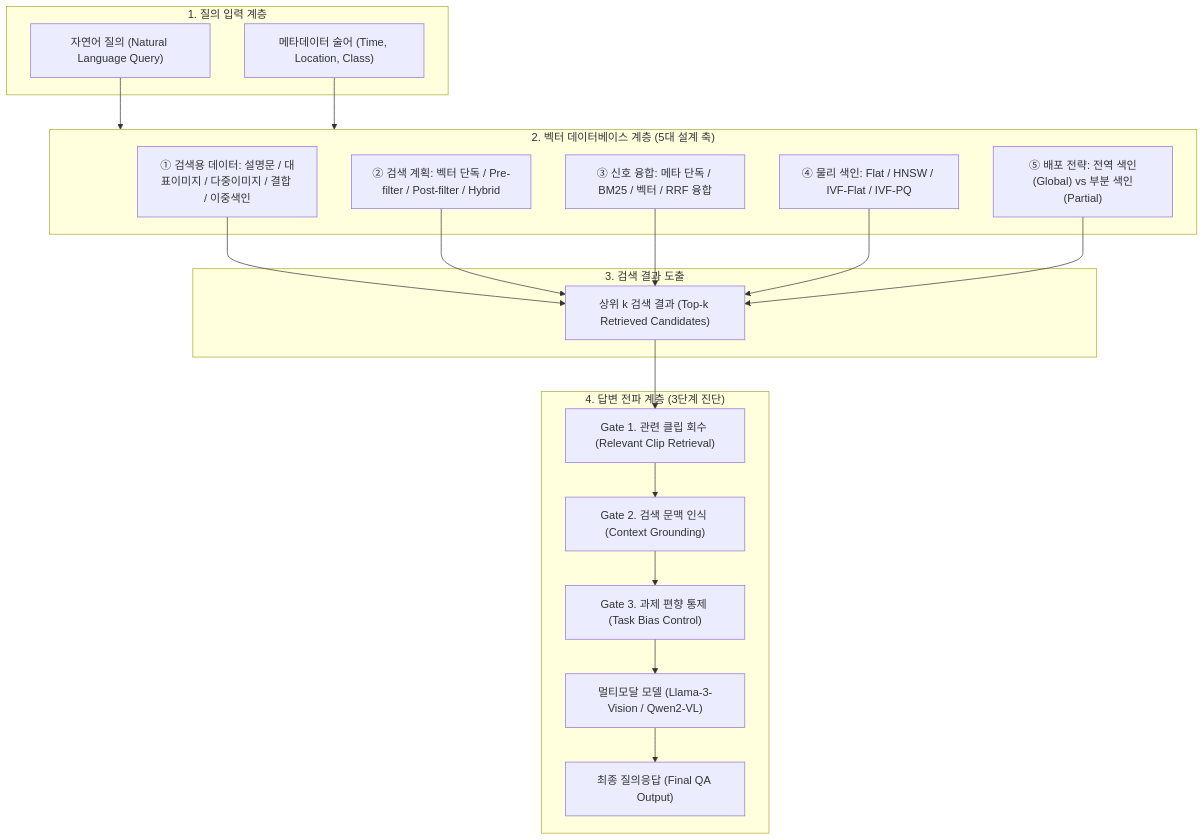
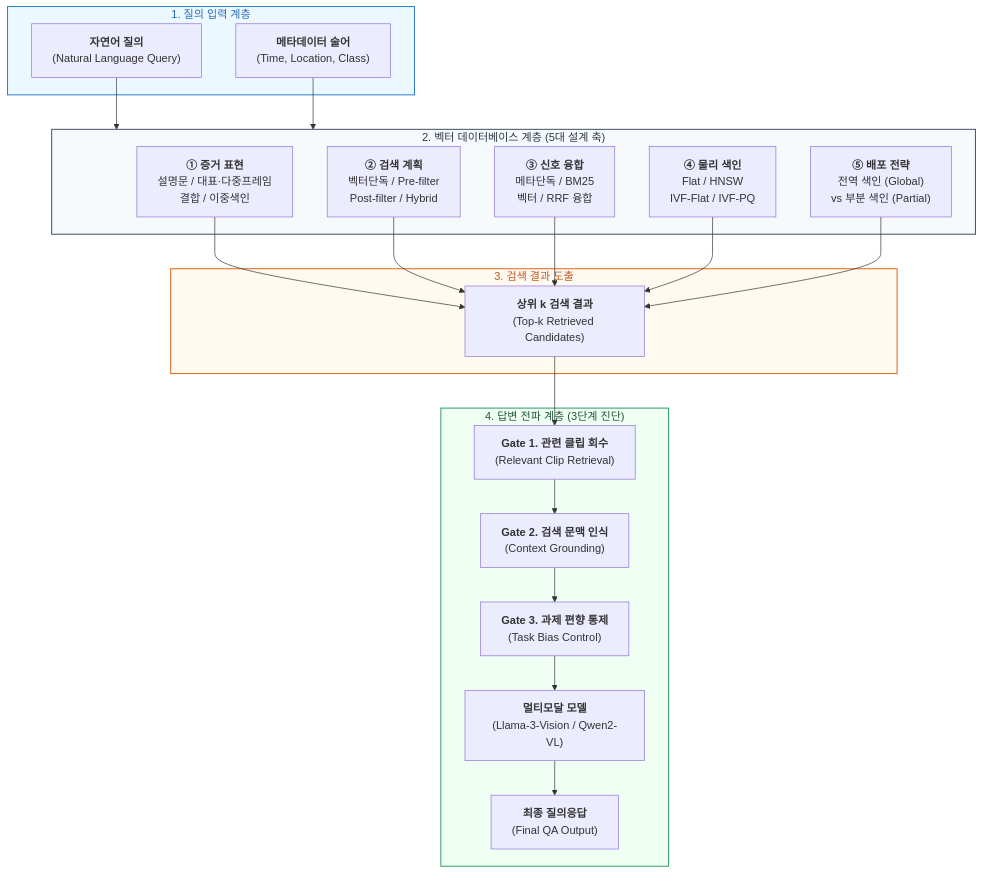
One commit to phantom0119/2026_KIISE_ changed the diagram in 02_project_md/00_KIISE_DBR_FINAL_MASTER_SPECIFICATION.md. Above: the diagram before and after it, drawn with Mermaid. The commit also changed 1 other file, not shown here.

Commit message:
fix(docs): Mermaid 다이어그램 한글 텍스트 줄바꿈/잘림 현상 수정 및 스타일링 개선

````diff
--- a/02_project_md/00_KIISE_DBR_FINAL_MASTER_SPECIFICATION.md
+++ b/02_project_md/00_KIISE_DBR_FINAL_MASTER_SPECIFICATION.md
@@ -70,32 +70,37 @@
 ```mermaid
 flowchart TD
     subgraph Input ["1. 질의 입력 계층"]
-        Q_NL["자연어 질의 (Natural Language Query)"]
-        Q_MD["메타데이터 술어 (Time, Location, Class)"]
+        Q_NL["<b>자연어 질의</b><br/>(Natural Language Query)"]
+        Q_MD["<b>메타데이터 술어</b><br/>(Time, Location, Class)"]
     end
 
     subgraph VDB ["2. 벡터 데이터베이스 계층 (5대 설계 축)"]
-        D1["① 검색용 데이터: 설명문 / 대표이미지 / 다중이미지 / 결합 / 이중색인"]
-        D2["② 검색 계획: 벡터 단독 / Pre-filter / Post-filter / Hybrid"]
-        D3["③ 신호 융합: 메타 단독 / BM25 / 벡터 / RRF 융합"]
-        D4["④ 물리 색인: Flat / HNSW / IVF-Flat / IVF-PQ"]
-        D5["⑤ 배포 전략: 전역 색인(Global) vs 부분 색인(Partial)"]
+        D1["<b>① 증거 표현</b><br/>설명문 / 대표·다중프레임<br/>결합 / 이중색인"]
+        D2["<b>② 검색 계획</b><br/>벡터단독 / Pre-filter<br/>Post-filter / Hybrid"]
+        D3["<b>③ 신호 융합</b><br/>메타단독 / BM25<br/>벡터 / RRF 융합"]
+        D4["<b>④ 물리 색인</b><br/>Flat / HNSW<br/>IVF-Flat / IVF-PQ"]
+        D5["<b>⑤ 배포 전략</b><br/>전역 색인 (Global)<br/>vs 부분 색인 (Partial)"]
     end
 
     subgraph Retrieve ["3. 검색 결과 도출"]
-        TopK["상위 k 검색 결과 (Top-k Retrieved Candidates)"]
+        TopK["<b>상위 k 검색 결과</b><br/>(Top-k Retrieved Candidates)"]
     end
 
     subgraph VLM_Inference ["4. 답변 전파 계층 (3단계 진단)"]
-        Stage1["Gate 1. 관련 클립 회수 (Relevant Clip Retrieval)"]
-        Stage2["Gate 2. 검색 문맥 인식 (Context Grounding)"]
-        Stage3["Gate 3. 과제 편향 통제 (Task Bias Control)"]
-        VLM_Model["멀티모달 모델 (Llama-3-Vision / Qwen2-VL)"]
-        Answer["최종 질의응답 (Final QA Output)"]
+        Stage1["<b>Gate 1. 관련 클립 회수</b><br/>(Relevant Clip Retrieval)"]
+        Stage2["<b>Gate 2. 검색 문맥 인식</b><br/>(Context Grounding)"]
+        Stage3["<b>Gate 3. 과제 편향 통제</b><br/>(Task Bias Control)"]
+        VLM_Model["<b>멀티모달 모델</b><br/>(Llama-3-Vision / Qwen2-VL)"]
+        Answer["<b>최종 질의응답</b><br/>(Final QA Output)"]
     end
 
     Q_NL --> VDB
     Q_MD --> VDB
     D1 & D2 & D3 & D4 & D5 --> TopK
     TopK --> Stage1 --> Stage2 --> Stage3 --> VLM_Model --> Answer
+
+    style Input fill:#ebf8ff,stroke:#3182ce,stroke-width:1.5px,color:#2b6cb0
+    style VDB fill:#f7fafc,stroke:#4a5568,stroke-width:1.5px,color:#2d3748
+    style Retrieve fill:#fffaf0,stroke:#dd6b20,stroke-width:1.5px,color:#c05621
+    style VLM_Inference fill:#f0fff4,stroke:#38a169,stroke-width:1.5px,color:#22543d
 ```
````
